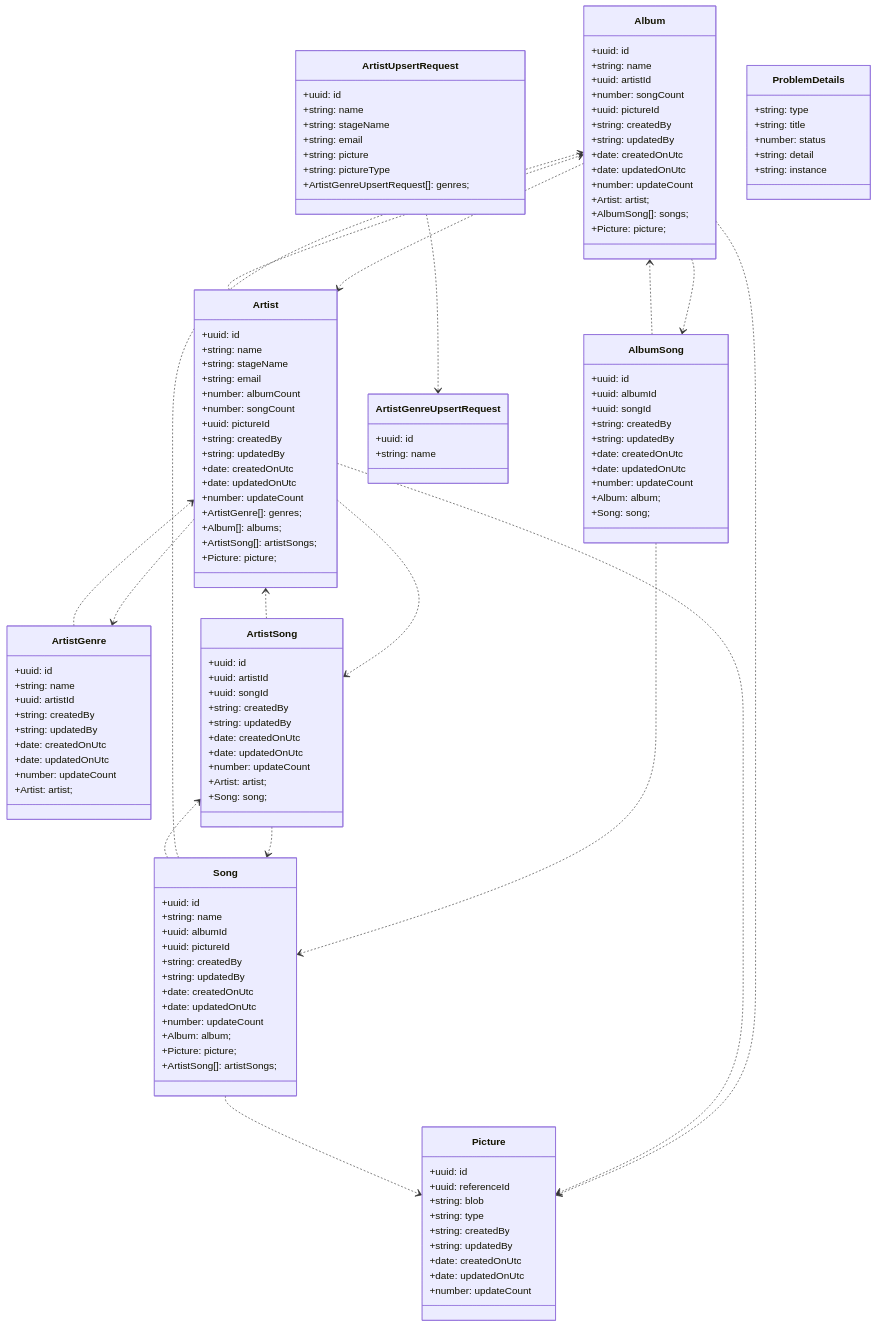
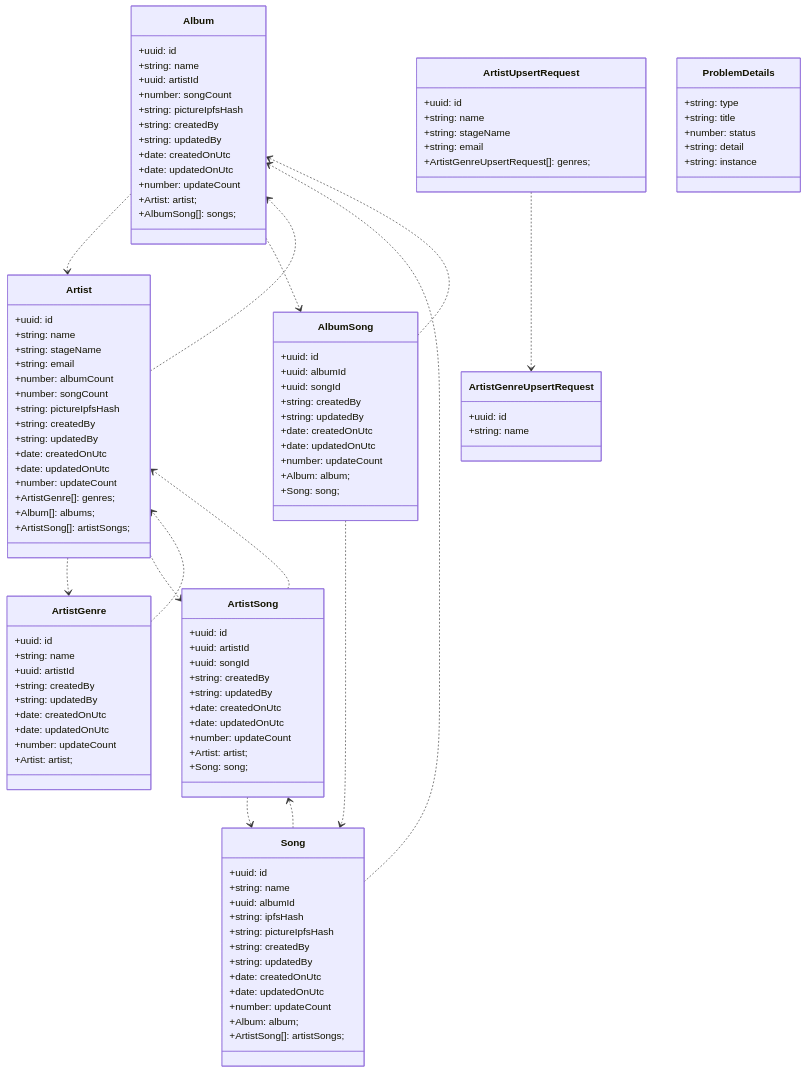
The diagram in docs/artists-webapi/class-diagram.md (ikemtz/ITEC5905), drawn with Mermaid before and after one commit. The commit also changed 41 other files, not shown here.

````diff
--- a/docs/artists-webapi/class-diagram.md
+++ b/docs/artists-webapi/class-diagram.md
@@ -3,19 +3,16 @@
 
   Album ..> Artist
   Album ..> AlbumSong
-  Album ..> Picture
   AlbumSong ..> Album
   AlbumSong ..> Song
   Artist ..> ArtistGenre
   Artist ..> Album
   Artist ..> ArtistSong
-  Artist ..> Picture
   ArtistGenre ..> Artist
   ArtistSong ..> Artist
   ArtistSong ..> Song
   ArtistUpsertRequest ..> ArtistGenreUpsertRequest
   Song ..> Album
-  Song ..> Picture
   Song ..> ArtistSong
 
   class Album{
@@ -23,7 +20,7 @@
     +string: name
     +uuid: artistId
     +number: songCount
-    +uuid: pictureId
+    +string: pictureIpfsHash
     +string: createdBy
     +string: updatedBy
     +date: createdOnUtc
@@ -31,7 +28,6 @@
     +number: updateCount
     +Artist: artist;
     +AlbumSong[]: songs;
-    +Picture: picture;
   }
   class AlbumSong{
     +uuid: id
@@ -52,7 +48,7 @@
     +string: email
     +number: albumCount
     +number: songCount
-    +uuid: pictureId
+    +string: pictureIpfsHash
     +string: createdBy
     +string: updatedBy
     +date: createdOnUtc
@@ -61,7 +57,6 @@
     +ArtistGenre[]: genres;
     +Album[]: albums;
     +ArtistSong[]: artistSongs;
-    +Picture: picture;
   }
   class ArtistGenre{
     +uuid: id
@@ -95,20 +90,7 @@
     +string: name
     +string: stageName
     +string: email
-    +string: picture
-    +string: pictureType
     +ArtistGenreUpsertRequest[]: genres;
-  }
-  class Picture{
-    +uuid: id
-    +uuid: referenceId
-    +string: blob
-    +string: type
-    +string: createdBy
-    +string: updatedBy
-    +date: createdOnUtc
-    +date: updatedOnUtc
-    +number: updateCount
   }
   class ProblemDetails{
     +string: type
@@ -121,14 +103,14 @@
     +uuid: id
     +string: name
     +uuid: albumId
-    +uuid: pictureId
+    +string: ipfsHash
+    +string: pictureIpfsHash
     +string: createdBy
     +string: updatedBy
     +date: createdOnUtc
     +date: updatedOnUtc
     +number: updateCount
     +Album: album;
-    +Picture: picture;
     +ArtistSong[]: artistSongs;
   }
 ```
````
